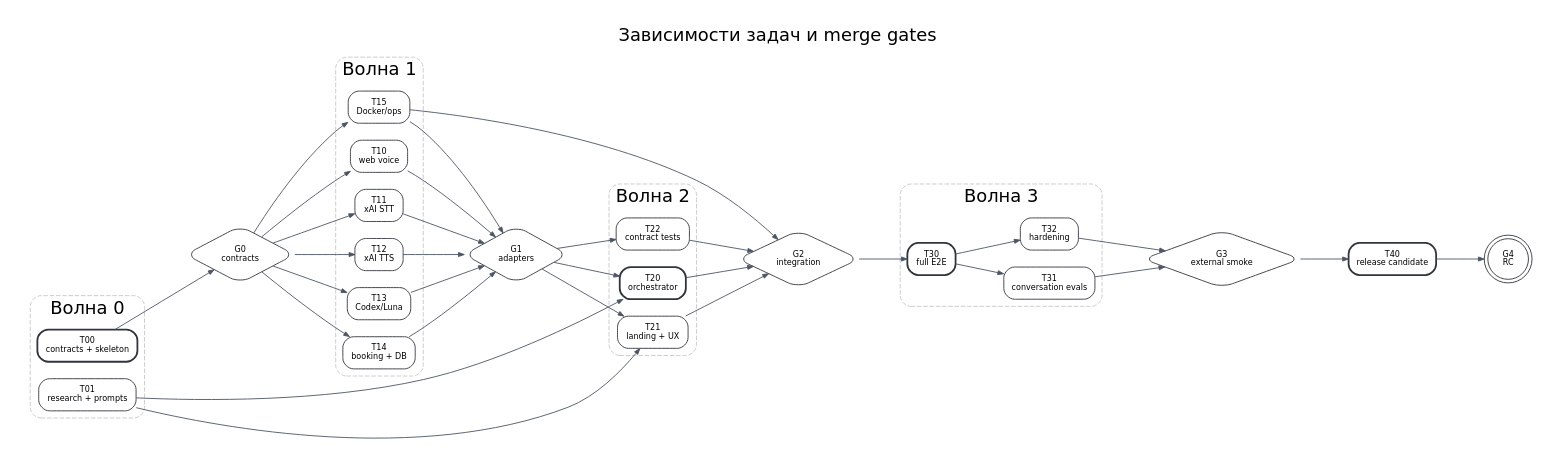
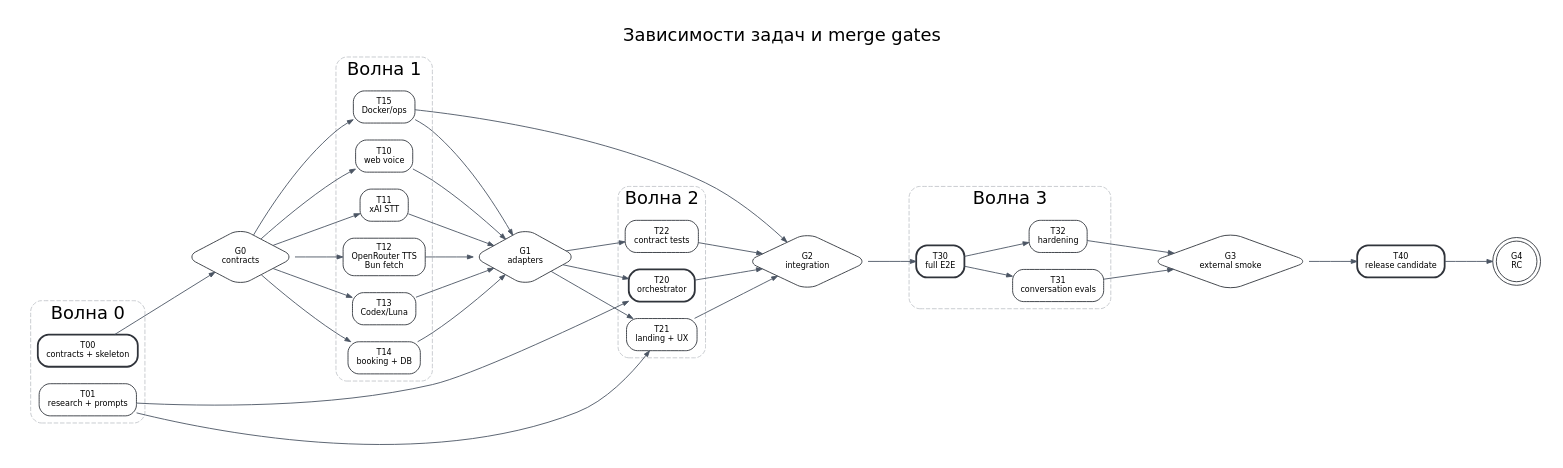
Before and after one commit to blockedby/botamin-voice: the diagram in diagrams/07-task-dependencies.dot, drawn with Graphviz. The commit also changed 44 other files, not shown here.

Commit message:
docs: apply Correction 003 OpenRouter TTS migration

```diff
--- a/diagrams/07-task-dependencies.dot
+++ b/diagrams/07-task-dependencies.dot
@@ -1,49 +1,49 @@
 digraph G {
   graph [rankdir=LR, bgcolor="white", pad="0.25", nodesep="0.26", ranksep="0.75", fontname="DejaVu Sans", label="Зависимости задач и merge gates", labelloc=t, fontsize=20, compound=true];
   node [shape=box, style="rounded,filled", fillcolor="white", color="#30343b", fontname="DejaVu Sans", fontsize=9, margin="0.13,0.08"];
   edge [color="#4b5563", penwidth=1.0, arrowsize=0.65, fontname="DejaVu Sans", fontsize=7];
 
   subgraph cluster_w0 { label="Волна 0"; color="#c4c7cc"; style="rounded,dashed";
     t00 [label="T00\ncontracts + skeleton", penwidth=2.0];
     t01 [label="T01\nresearch + prompts"];
   }
   g0 [shape=diamond, label="G0\ncontracts"];
 
   subgraph cluster_w1 { label="Волна 1"; color="#c4c7cc"; style="rounded,dashed";
     t10 [label="T10\nweb voice"];
     t11 [label="T11\nxAI STT"];
-    t12 [label="T12\nxAI TTS"];
+    t12 [label="T12\nOpenRouter TTS\nBun fetch"];
     t13 [label="T13\nCodex/Luna"];
     t14 [label="T14\nbooking + DB"];
     t15 [label="T15\nDocker/ops"];
   }
   g1 [shape=diamond, label="G1\nadapters"];
 
   subgraph cluster_w2 { label="Волна 2"; color="#c4c7cc"; style="rounded,dashed";
     t20 [label="T20\norchestrator", penwidth=2.0];
     t21 [label="T21\nlanding + UX"];
     t22 [label="T22\ncontract tests"];
   }
   g2 [shape=diamond, label="G2\nintegration"];
 
   subgraph cluster_w3 { label="Волна 3"; color="#c4c7cc"; style="rounded,dashed";
     t30 [label="T30\nfull E2E", penwidth=2.0];
     t31 [label="T31\nconversation evals"];
     t32 [label="T32\nhardening"];
   }
   g3 [shape=diamond, label="G3\nexternal smoke"];
   t40 [label="T40\nrelease candidate", penwidth=2.0];
   g4 [shape=doublecircle, label="G4\nRC"];
 
   t00 -> g0;
   t01 -> t20;
   g0 -> {t10 t11 t12 t13 t14 t15};
   {t10 t11 t12 t13 t14 t15} -> g1;
   g1 -> {t20 t21 t22};
   t01 -> t21;
   {t20 t21 t22 t15} -> g2;
   g2 -> t30;
   t30 -> {t31 t32};
   {t31 t32} -> g3;
   g3 -> t40 -> g4;
 }
```
